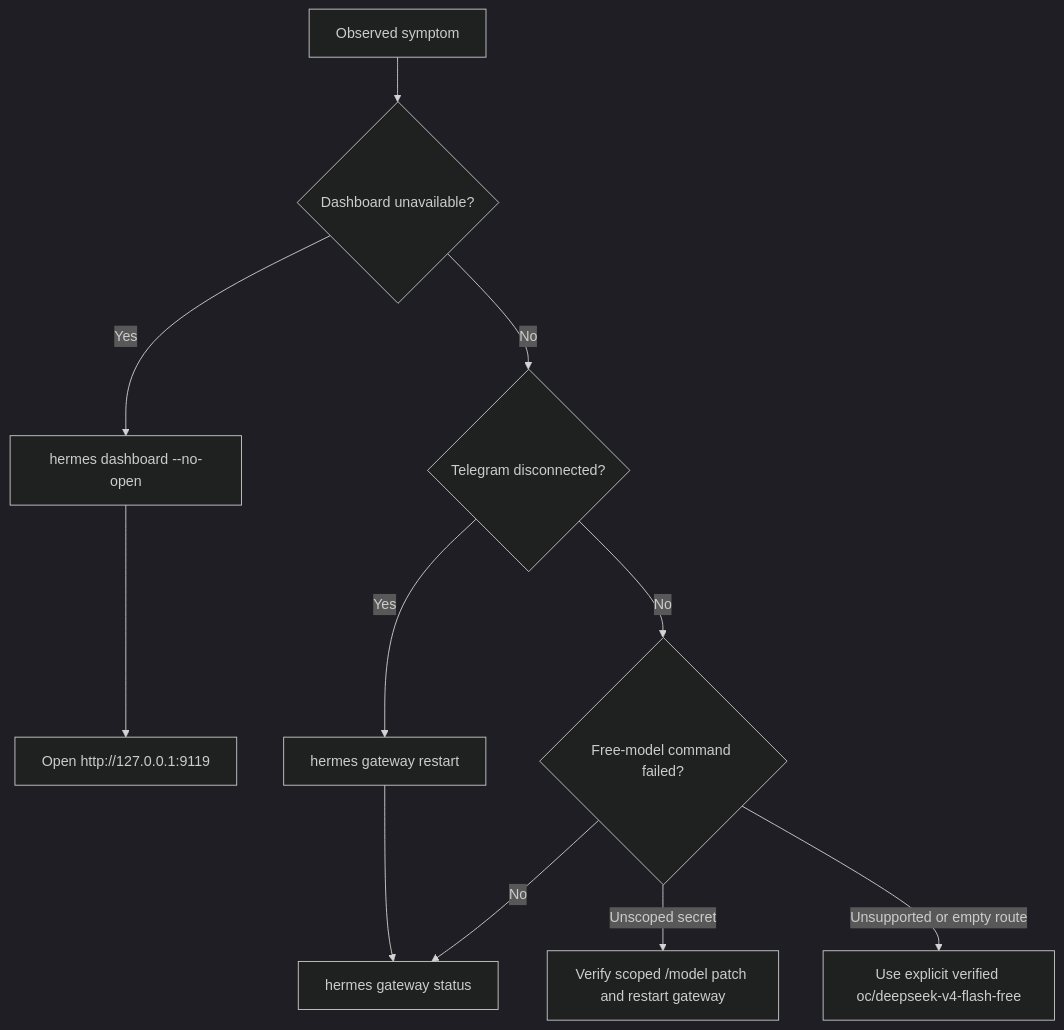
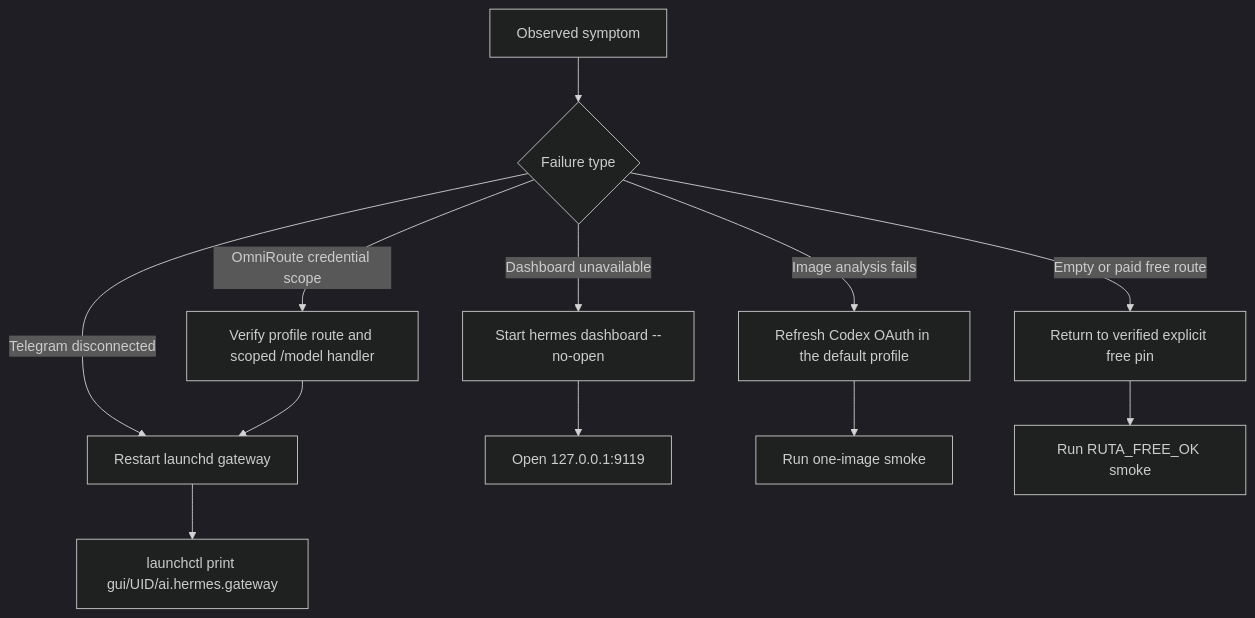
One commit to saski/augmentedcode-configuration changed the second of 2 diagrams in docs/hermes-omniroute-operations.md. Above: the diagram before and after it, drawn with Mermaid (dark theme). The commit also changed other lines of this file and 3 other files, not shown here.

````diff
--- a/docs/hermes-omniroute-operations.md
+++ b/docs/hermes-omniroute-operations.md
@@ -124,13 +131,15 @@
 ```mermaid
 flowchart TD
-    symptom["Observed symptom"] --> dashboard{"Dashboard unavailable?"}
-    dashboard -->|Yes| startDashboard["hermes dashboard --no-open"]
-    dashboard -->|No| gateway{"Telegram disconnected?"}
-    startDashboard --> verifyDashboard["Open http://127.0.0.1:9119"]
-    gateway -->|Yes| restartGateway["hermes gateway restart"]
-    gateway -->|No| freeError{"Free-model command failed?"}
-    restartGateway --> status["hermes gateway status"]
-    freeError -->|Unscoped secret| verifyPatch["Verify scoped /model patch and restart gateway"]
-    freeError -->|Unsupported or empty route| pin["Use explicit verified oc/deepseek-v4-flash-free"]
-    freeError -->|No| status
+    symptom["Observed symptom"] --> kind{"Failure type"}
+    kind -->|Telegram disconnected| restart["Restart launchd gateway"]
+    kind -->|Dashboard unavailable| dashboard["Start hermes dashboard --no-open"]
+    kind -->|OmniRoute credential scope| scope["Verify profile route and scoped /model handler"]
+    kind -->|Image analysis fails| oauth["Refresh Codex OAuth in the default profile"]
+    kind -->|Empty or paid free route| pin["Return to verified explicit free pin"]
+
+    restart --> launchd["launchctl print gui/UID/ai.hermes.gateway"]
+    dashboard --> browser["Open 127.0.0.1:9119"]
+    scope --> restart
+    oauth --> smoke["Run one-image smoke"]
+    pin --> textSmoke["Run RUTA_FREE_OK smoke"]
 ```
````
